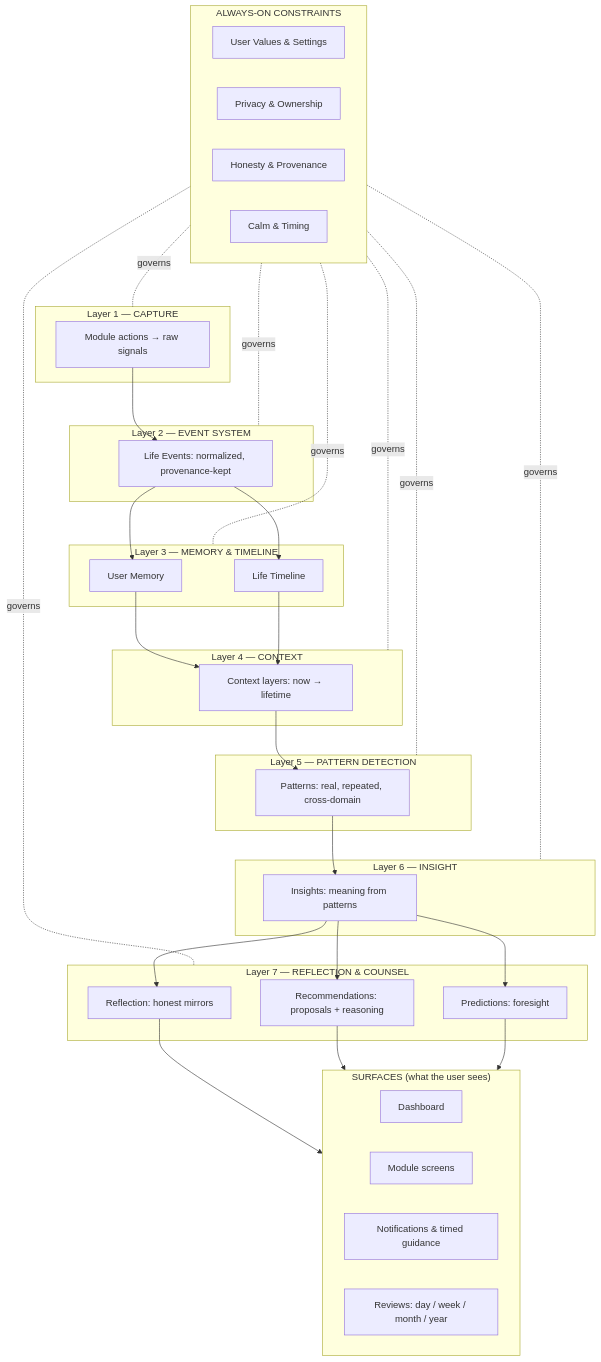
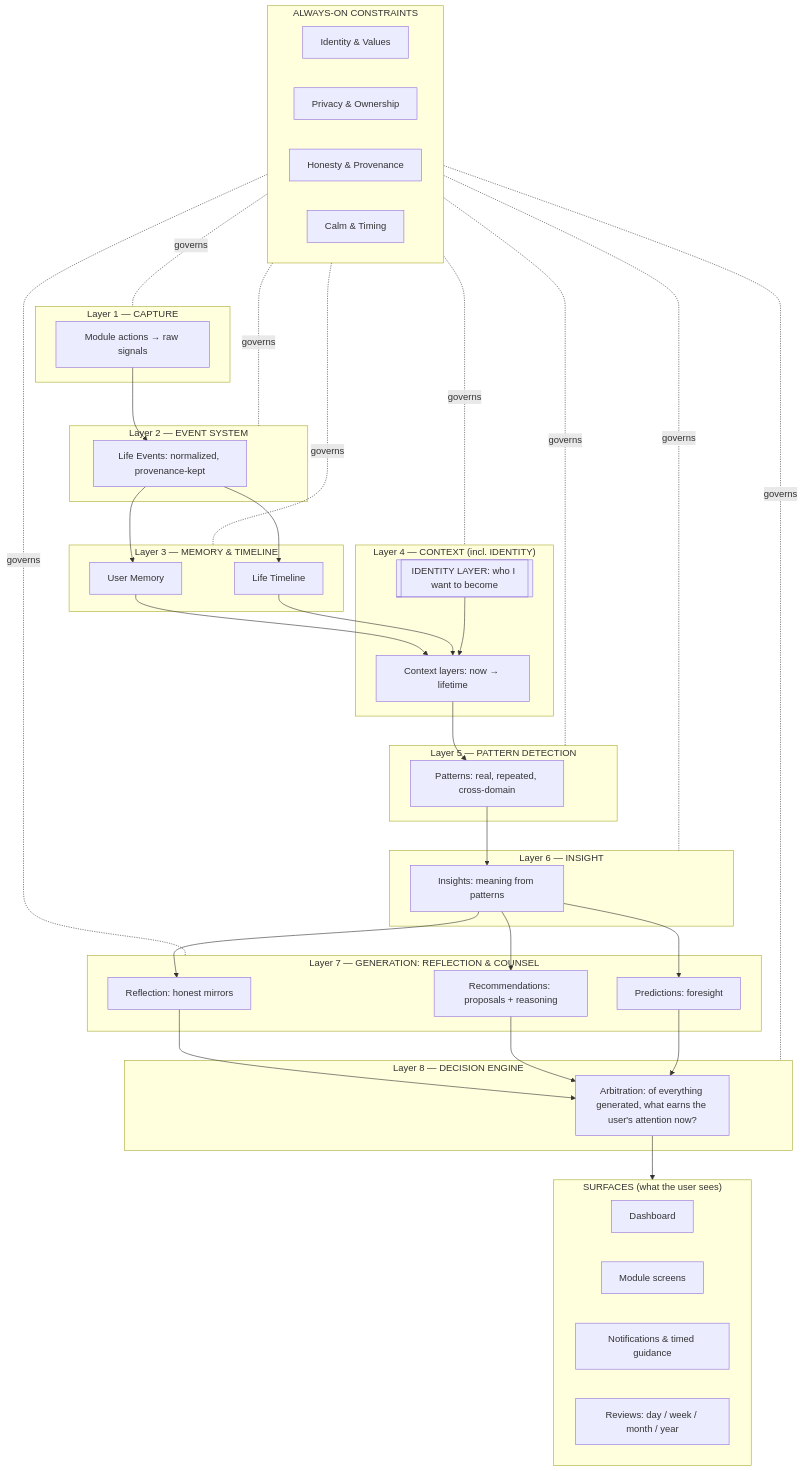
One commit to karimovisa/ISA changed the first of 9 diagrams in docs/ISA_LIFE_INTELLIGENCE_ENGINE.md. Above: the diagram before and after it, drawn with Mermaid. The commit also changed other lines of this file and 1 other file, not shown here.

Commit message:
docs: add Identity Layer (aspirational self as apex context + hard constraint) and Decision Engine (attention arbitration) to the Life Intelligence Engine; matching Core Philosophy principle

````diff
--- a/docs/ISA_LIFE_INTELLIGENCE_ENGINE.md
+++ b/docs/ISA_LIFE_INTELLIGENCE_ENGINE.md
@@ -74,48 +78,54 @@
 ```mermaid
 flowchart TB
     subgraph Surfaces["SURFACES (what the user sees)"]
         DASH[Dashboard] & MODS[Module screens] & NUDGE[Notifications & timed guidance] & REVIEW[Reviews: day / week / month / year]
     end
 
-    subgraph L7["Layer 7 — REFLECTION & COUNSEL"]
+    subgraph L8["Layer 8 — DECISION ENGINE"]
+        DEC[Arbitration: of everything generated, what earns the user's attention now?]
+    end
+
+    subgraph L7["Layer 7 — GENERATION: REFLECTION & COUNSEL"]
         REF[Reflection: honest mirrors]
         REC[Recommendations: proposals + reasoning]
         PRED[Predictions: foresight]
     end
 
     subgraph L6["Layer 6 — INSIGHT"]
         INS[Insights: meaning from patterns]
     end
 
     subgraph L5["Layer 5 — PATTERN DETECTION"]
         PAT[Patterns: real, repeated, cross-domain]
     end
 
-    subgraph L4["Layer 4 — CONTEXT"]
+    subgraph L4["Layer 4 — CONTEXT (incl. IDENTITY)"]
+        IDN[["IDENTITY LAYER: who I want to become"]]
         CTX[Context layers: now → lifetime]
     end
 
     subgraph L3["Layer 3 — MEMORY & TIMELINE"]
         MEM[User Memory]
         TL[Life Timeline]
     end
 
     subgraph L2["Layer 2 — EVENT SYSTEM"]
         EVT[Life Events: normalized, provenance-kept]
     end
 
     subgraph L1["Layer 1 — CAPTURE"]
         CAP[Module actions → raw signals]
     end
 
     subgraph Constraints["ALWAYS-ON CONSTRAINTS"]
-        VAL[User Values & Settings]
+        ID2[Identity & Values]
         PRIV[Privacy & Ownership]
         HON[Honesty & Provenance]
         CALM[Calm & Timing]
     end
 
-    CAP --> EVT --> MEM & TL --> CTX --> PAT --> INS --> REF & REC & PRED
-    REF & REC & PRED --> Surfaces
-    Constraints -.governs.- L1 & L2 & L3 & L4 & L5 & L6 & L7
+    CAP --> EVT --> MEM & TL --> CTX --> PAT --> INS --> REF & REC & PRED --> DEC
+    IDN --> CTX
+    DEC --> Surfaces
+    Constraints -.governs.- L1 & L2 & L3 & L4 & L5 & L6 & L7 & L8
 ```
````
